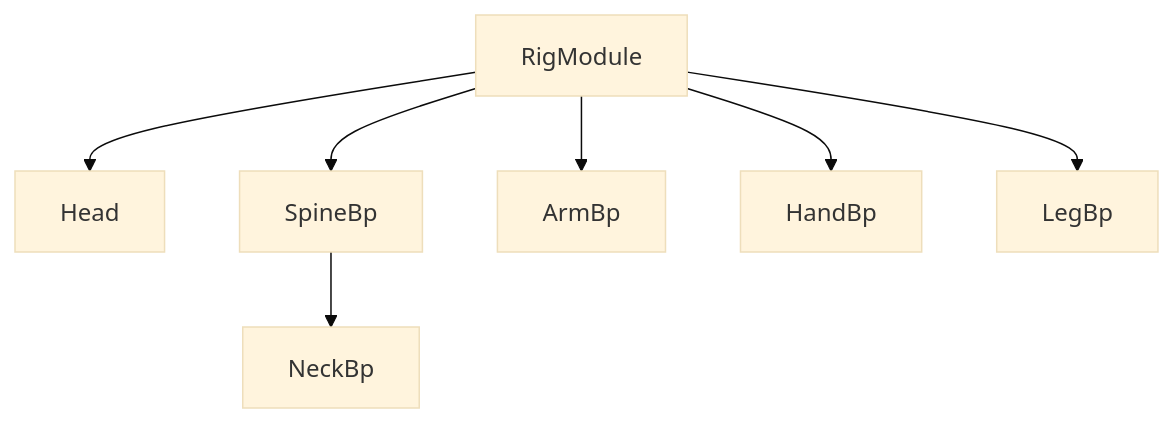
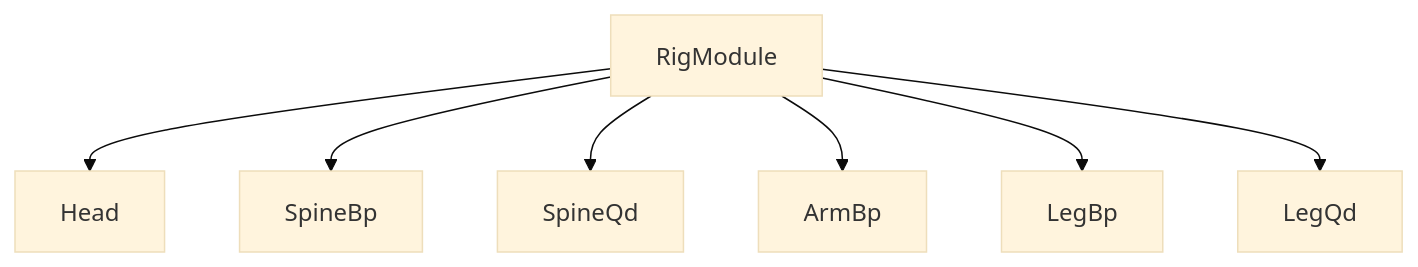
One commit to nickyliux/nl_rigging_tools changed the second of 3 diagrams in README.md. Above: the diagram before and after it, drawn with Mermaid (base theme). The commit also changed other lines of this file and 6 other files, not shown here.

````diff
--- a/README.md
+++ b/README.md
@@ -116,9 +117,10 @@
 ```mermaid
 flowchart
     RigModule --> Head
     RigModule --> SpineBp
-    SpineBp --> NeckBp
+    RigModule --> SpineQd
     RigModule --> ArmBp
-    RigModule --> HandBp
     RigModule --> LegBp
+    RigModule --> LegQd
+    
 ```
````
